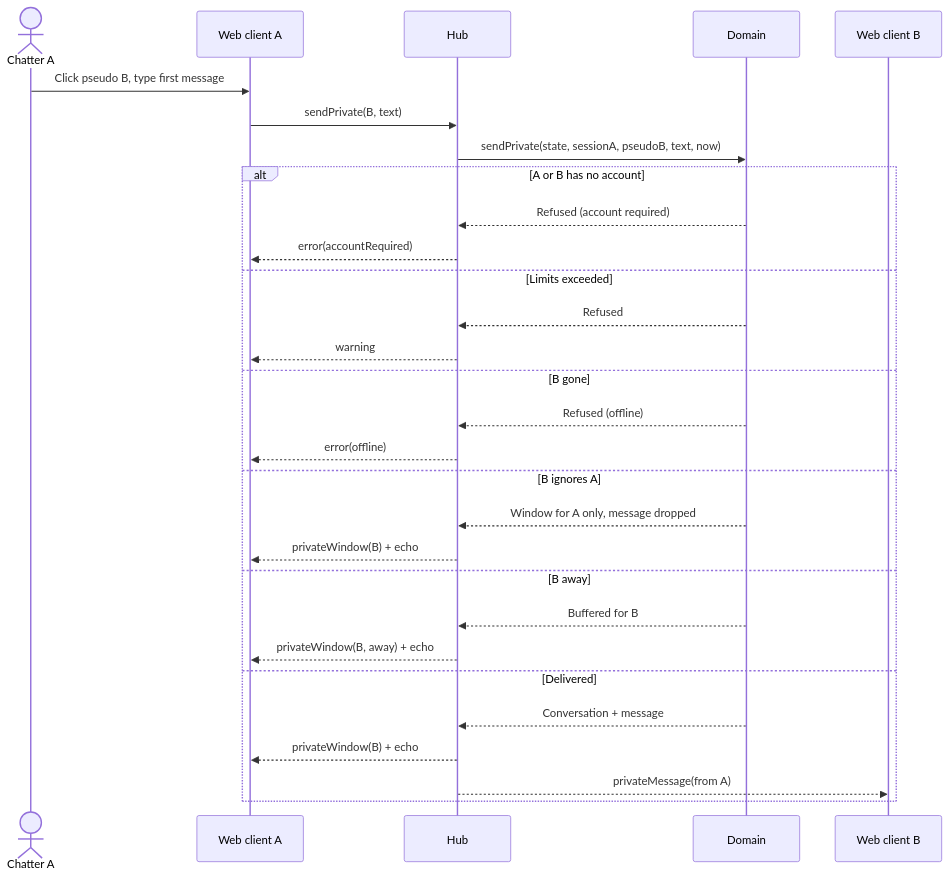
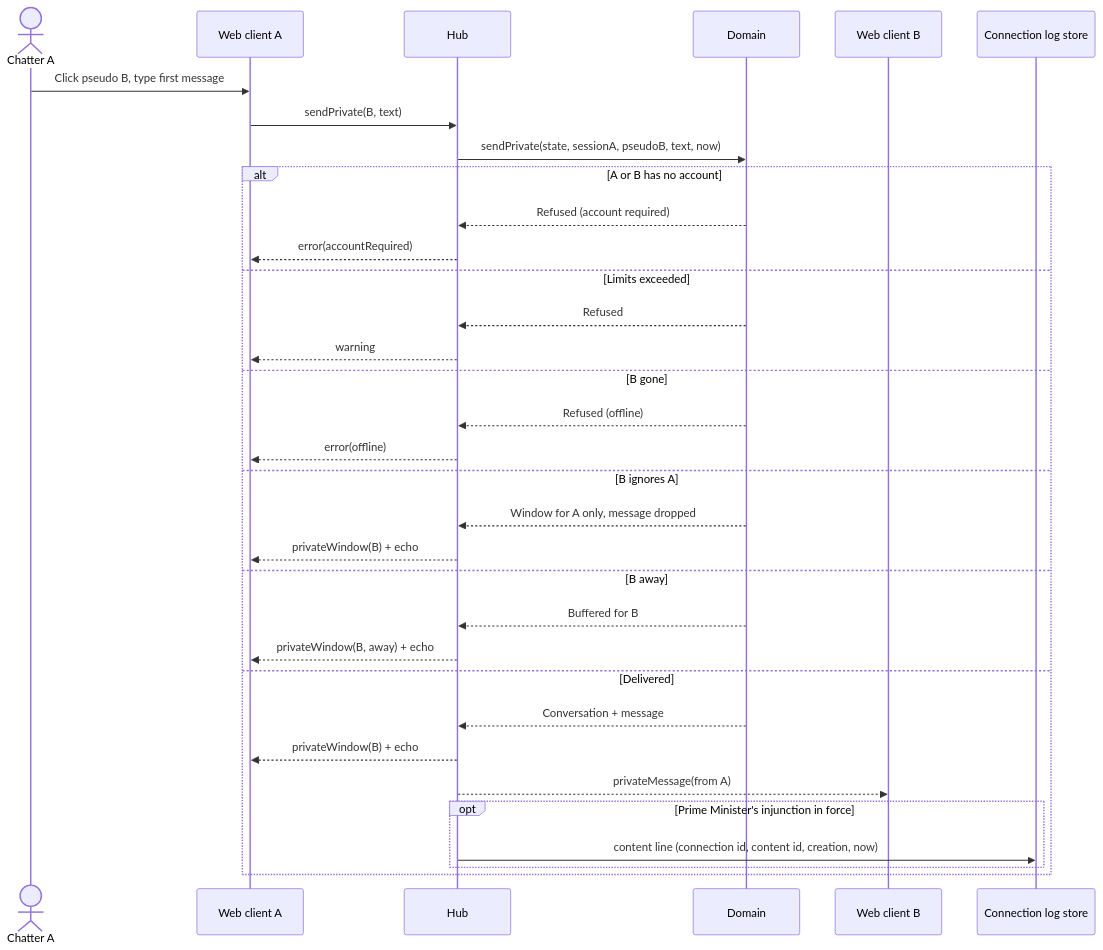
Before and after one commit to benoit-bremaud/asv: the diagram in docs/architecture/diagrams/private-conversations/02-sequence-open-and-reply.md, drawn with Mermaid. The commit also changed other lines of this file and 28 other files, not shown here.

````diff
--- a/docs/architecture/diagrams/private-conversations/02-sequence-open-and-reply.md
+++ b/docs/architecture/diagrams/private-conversations/02-sequence-open-and-reply.md
@@ -15,31 +15,35 @@
 ```mermaid
 sequenceDiagram
   actor A as Chatter A
   participant WA as Web client A
   participant H as Hub
   participant D as Domain
   participant WB as Web client B
+  participant L as Connection log store
   A->>WA: Click pseudo B, type first message
   WA->>H: sendPrivate(B, text)
   H->>D: sendPrivate(state, sessionA, pseudoB, text, now)
   alt A or B has no account
     D-->>H: Refused (account required)
     H-->>WA: error(accountRequired)
   else Limits exceeded
     D-->>H: Refused
     H-->>WA: warning
   else B gone
     D-->>H: Refused (offline)
     H-->>WA: error(offline)
   else B ignores A
     D-->>H: Window for A only, message dropped
     H-->>WA: privateWindow(B) + echo
   else B away
     D-->>H: Buffered for B
     H-->>WA: privateWindow(B, away) + echo
   else Delivered
     D-->>H: Conversation + message
     H-->>WA: privateWindow(B) + echo
     H-->>WB: privateMessage(from A)
+    opt Prime Minister's injunction in force
+      H->>L: content line (connection id, content id, creation, now)
+    end
   end
 ```
````
